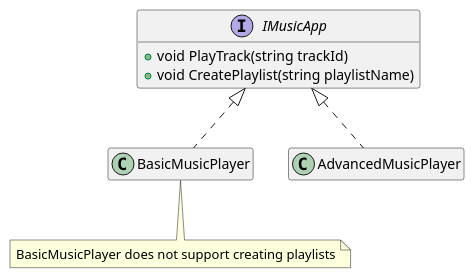
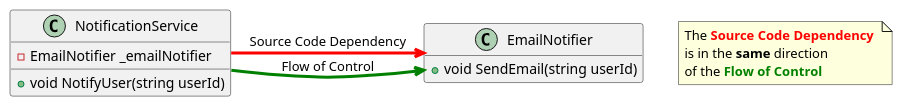
One commit to dgerman3/intro-oop changed the diagram in intro-oop/before.puml. Above: the diagram before and after it, drawn with PlantUML. The commit also changed 12 other files, not shown here.

```diff
--- a/intro-oop/before.puml
+++ b/intro-oop/before.puml
@@ -1,21 +1,24 @@
 @startuml
 hide empty members
-interface IMusicApp {
-    +void PlayTrack(string trackId)
-    +void CreatePlaylist(string playlistName)
+
+note as n1
+    The <b><color:red>Source Code Dependency</color> 
+    is in the <b>same</b> direction
+    of the <b><color:green>Flow of Control</color>
+end note
+class NotificationService {
+    - EmailNotifier _emailNotifier
+    + void NotifyUser(string userId)
 }
 
-class BasicMusicPlayer {
-   
+class EmailNotifier {
+    + void SendEmail(string userId)
 }
 
-class AdvancedMusicPlayer {
-   
-}
+NotificationService -[#green,plain,thickness=3]right--> EmailNotifier : Flow of Control
+NotificationService -[#red,plain,thickness=3]right--> EmailNotifier : Source Code Dependency
 
-BasicMusicPlayer ..up|> IMusicApp
-AdvancedMusicPlayer ..up|> IMusicApp
 
-note bottom of BasicMusicPlayer : BasicMusicPlayer does not support creating playlists
+
 
 @enduml
```
